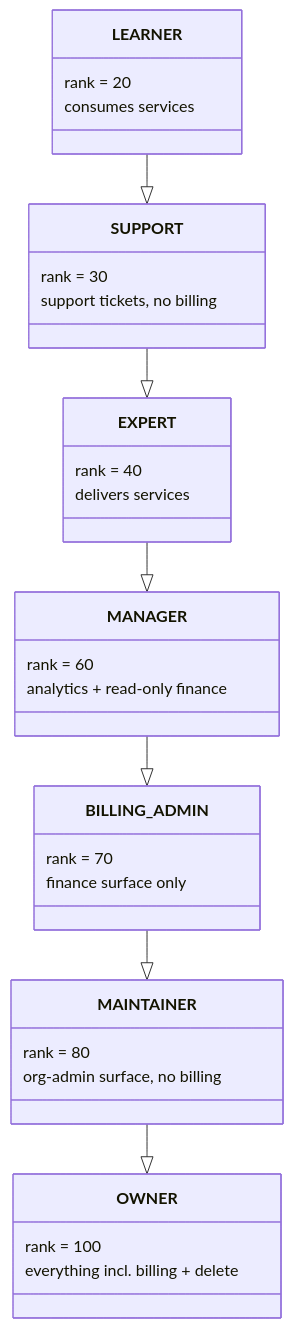
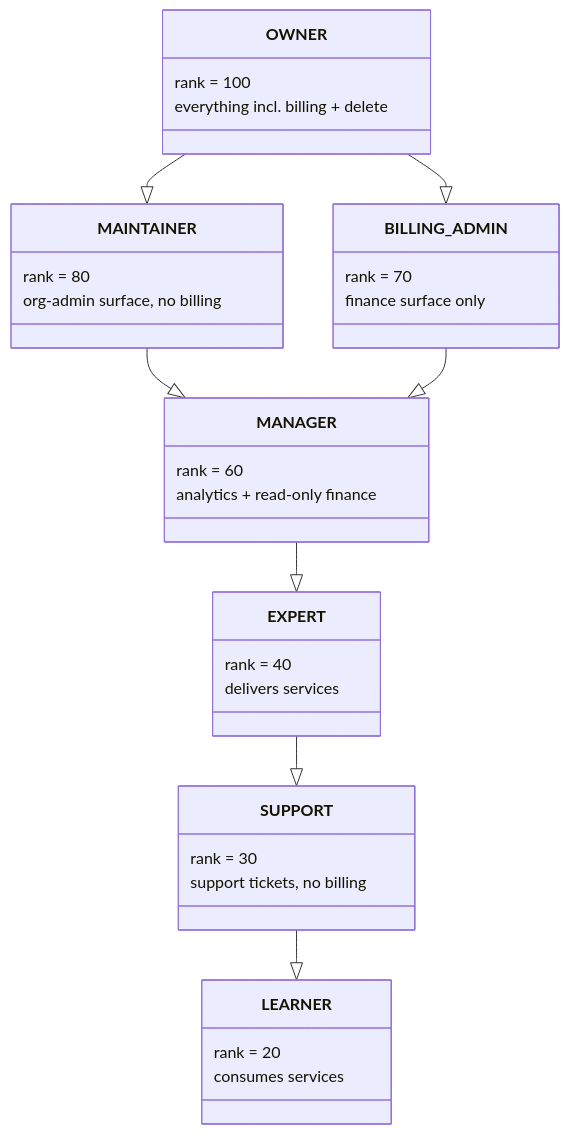
Before and after one commit to Practitionist/familiarise_web: the first of 2 diagrams in docs/enterprise/00-foundations/04-roles-and-permissions.md, drawn with Mermaid. The commit also changed other lines of this file and 15 other files, not shown here.

````diff
--- a/docs/enterprise/00-foundations/04-roles-and-permissions.md
+++ b/docs/enterprise/00-foundations/04-roles-and-permissions.md
@@ -71,37 +71,38 @@
 ```mermaid
 classDiagram
   class OWNER {
     rank = 100
     everything incl. billing + delete
   }
   class MAINTAINER {
     rank = 80
     org-admin surface, no billing
   }
   class BILLING_ADMIN {
     rank = 70
     finance surface only
   }
   class MANAGER {
     rank = 60
     analytics + read-only finance
   }
   class EXPERT {
     rank = 40
     delivers services
   }
   class SUPPORT {
     rank = 30
     support tickets, no billing
   }
   class LEARNER {
     rank = 20
     consumes services
   }
-  MAINTAINER --|> OWNER
-  BILLING_ADMIN --|> MAINTAINER
-  MANAGER --|> BILLING_ADMIN
-  EXPERT --|> MANAGER
-  SUPPORT --|> EXPERT
-  LEARNER --|> SUPPORT
+  OWNER --|> MAINTAINER
+  OWNER --|> BILLING_ADMIN
+  MAINTAINER --|> MANAGER
+  BILLING_ADMIN --|> MANAGER
+  MANAGER --|> EXPERT
+  EXPERT --|> SUPPORT
+  SUPPORT --|> LEARNER
 ```
````
